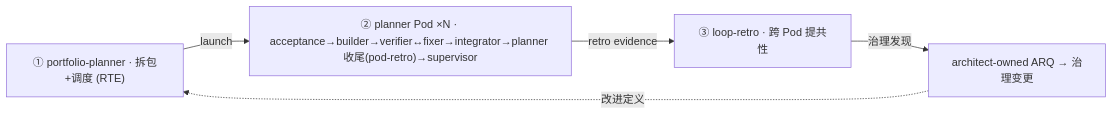
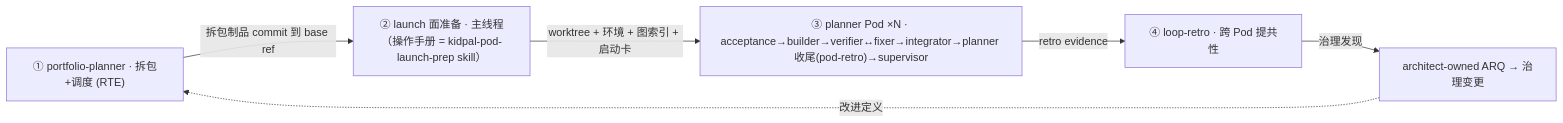
The third of 5 diagrams in docs/DEV-GOVERNANCE.md (fandanpeng/KidPal), drawn with Mermaid before and after one commit. The commit also changed other lines of this file and 15 other files, not shown here.

First line of the commit message:
feat(gov): 260921-gov-review-launch-pipeline landing（Track B, R3 GREEN + landing-verifier PASS）

````diff
--- a/docs/DEV-GOVERNANCE.md
+++ b/docs/DEV-GOVERNANCE.md
@@ -122,11 +122,13 @@
 ```mermaid
 flowchart LR
     PP["① portfolio-planner · 拆包+调度 (RTE)"]
-    PL["② planner Pod ×N · acceptance→builder→verifier↔fixer→integrator→planner 收尾(pod-retro)→supervisor"]
-    LR["③ loop-retro · 跨 Pod 提共性"]
+    LP["② launch 面准备 · 主线程（操作手册 = kidpal-pod-launch-prep skill）"]
+    PL["③ planner Pod ×N · acceptance→builder→verifier↔fixer→integrator→planner 收尾(pod-retro)→supervisor"]
+    LR["④ loop-retro · 跨 Pod 提共性"]
     ARQ["architect-owned ARQ → 治理变更"]
-    PP -->|launch| PL
+    PP -->|拆包制品 commit 到 base ref| LP
+    LP -->|worktree + 环境 + 图索引 + 启动卡| PL
     PL -->|retro evidence| LR
     LR -->|治理发现| ARQ
     ARQ -.->|改进定义| PP
 ```
````
